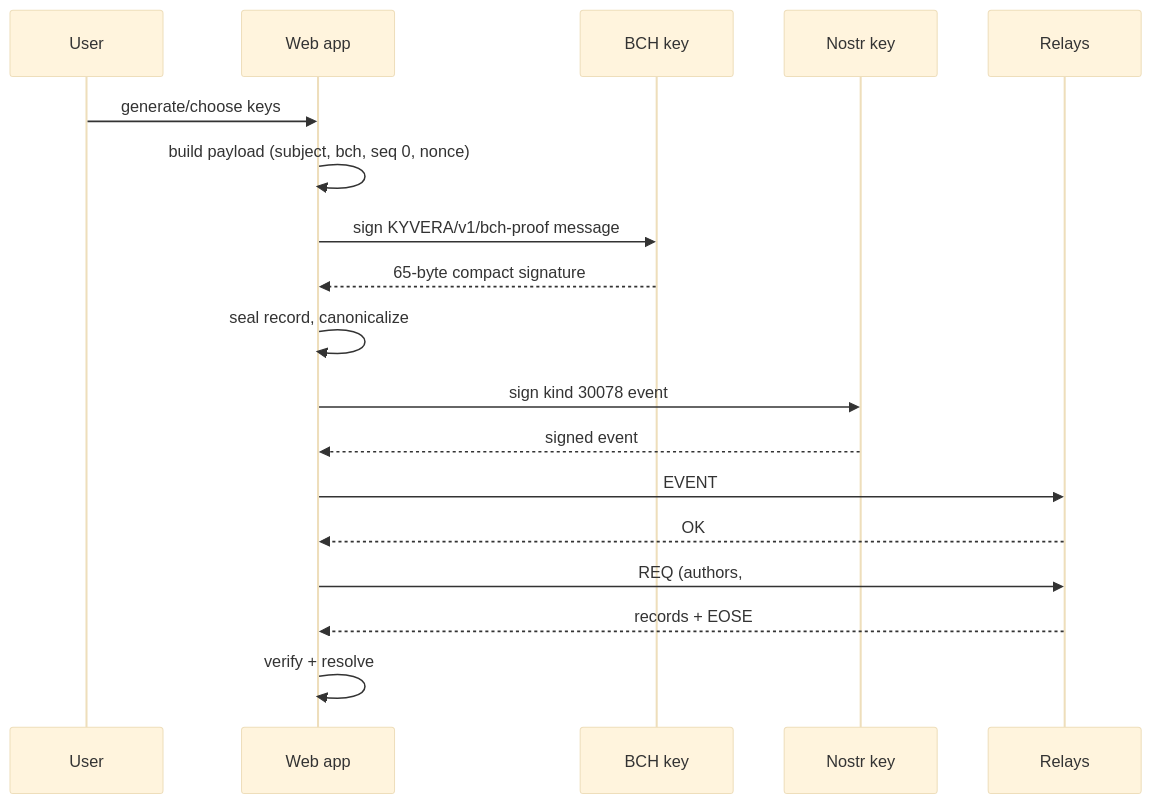
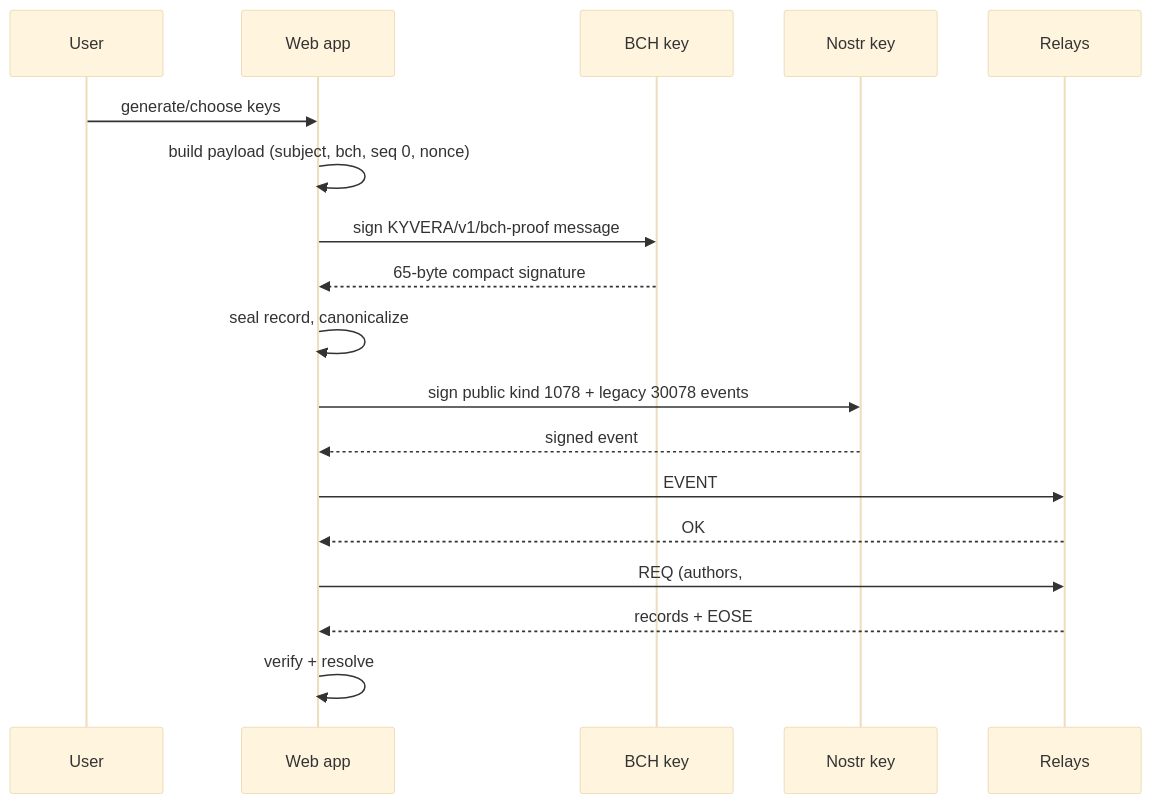
One commit to sakethdonepudi/kyvera-protocol changed the third of 5 diagrams in docs/ARCHITECTURE.md. Above: the diagram before and after it, drawn with Mermaid (base theme). The commit also changed 64 other files, not shown here.

````diff
--- a/docs/ARCHITECTURE.md
+++ b/docs/ARCHITECTURE.md
@@ -74,21 +74,21 @@
 ```mermaid
 sequenceDiagram
   participant U as User
   participant UI as Web app
   participant B as BCH key
   participant N as Nostr key
   participant R as Relays
 
   U->>UI: generate/choose keys
   UI->>UI: build payload (subject, bch, seq 0, nonce)
   UI->>B: sign KYVERA/v1/bch-proof message
   B-->>UI: 65-byte compact signature
   UI->>UI: seal record, canonicalize
-  UI->>N: sign kind 30078 event
+  UI->>N: sign public kind 1078 + legacy 30078 events
   N-->>UI: signed event
   UI->>R: EVENT
   R-->>UI: OK
   UI->>R: REQ (authors, #k)
   R-->>UI: records + EOSE
   UI->>UI: verify + resolve
 ```
````
